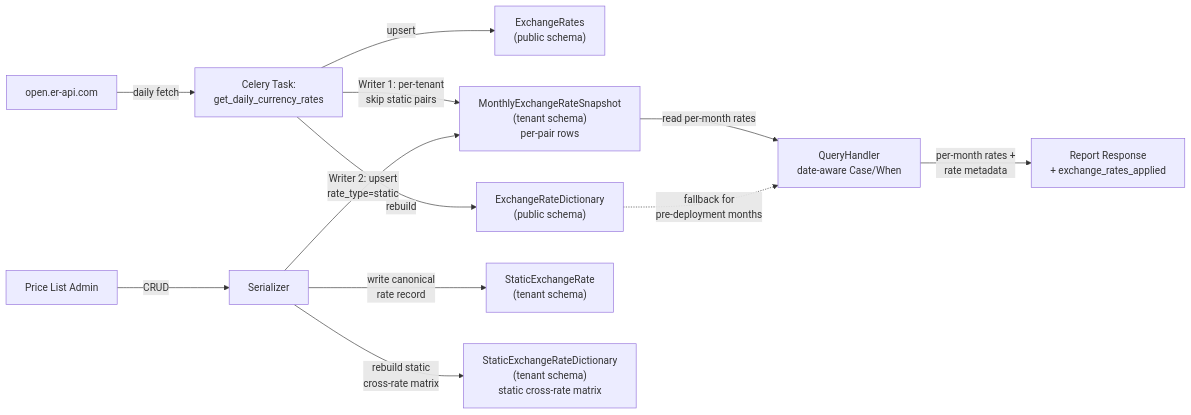
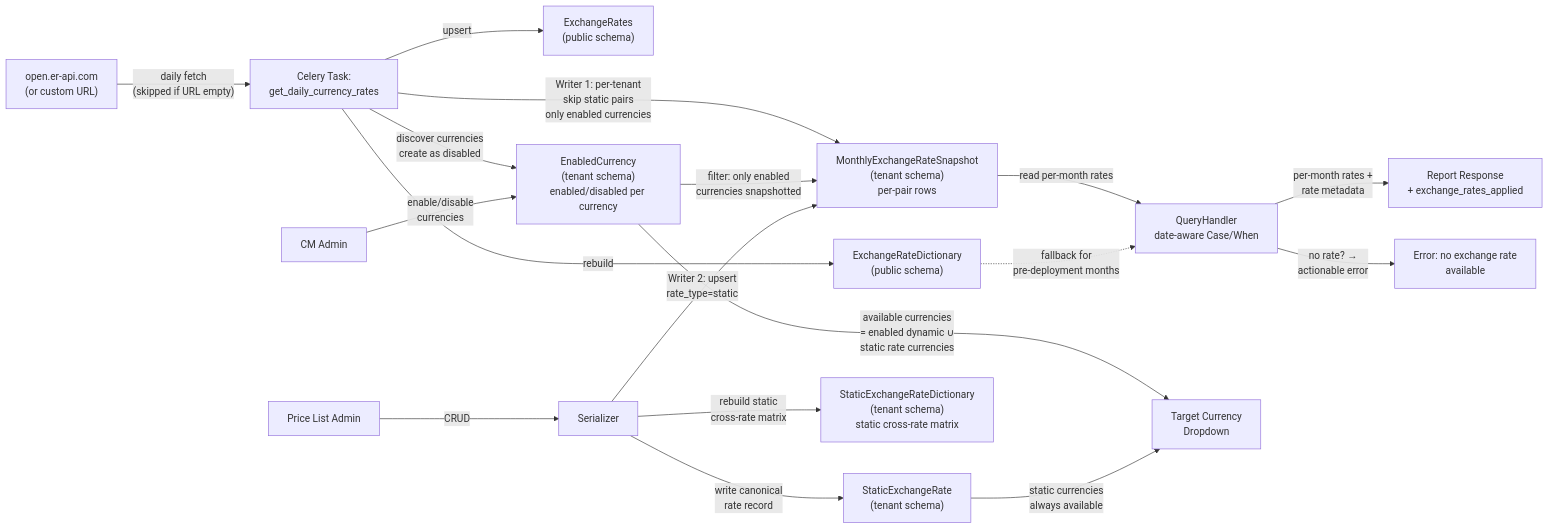
The second of 2 diagrams in docs/architecture/constant-currency/README.md (project-koku/koku), drawn with Mermaid before and after one commit. The commit also changed other lines of this file and 5 other files, not shown here.

First line of the commit message:
COST-7252: add currency enablement, airgapped mode, and no-rate corner case to design docs

````diff
--- a/docs/architecture/constant-currency/README.md
+++ b/docs/architecture/constant-currency/README.md
@@ -160,14 +228,20 @@
 ```mermaid
 graph LR
-    API["open.er-api.com"] -->|daily fetch| CT["Celery Task:<br/>get_daily_currency_rates"]
+    API["open.er-api.com<br/>(or custom URL)"] -->|"daily fetch<br/>(skipped if URL empty)"| CT["Celery Task:<br/>get_daily_currency_rates"]
     CT -->|upsert| ER["ExchangeRates<br/>(public schema)"]
     CT -->|rebuild| ERD["ExchangeRateDictionary<br/>(public schema)"]
-    CT -->|"Writer 1: per-tenant<br/>skip static pairs"| SNAP["MonthlyExchangeRateSnapshot<br/>(tenant schema)<br/>per-pair rows"]
+    CT -->|"discover currencies<br/>create as disabled"| EC["EnabledCurrency<br/>(tenant schema)<br/>enabled/disabled per currency"]
+    CT -->|"Writer 1: per-tenant<br/>skip static pairs<br/>only enabled currencies"| SNAP["MonthlyExchangeRateSnapshot<br/>(tenant schema)<br/>per-pair rows"]
+    EC -->|"filter: only enabled<br/>currencies snapshotted"| SNAP
     SNAP -->|read per-month rates| QH["QueryHandler<br/>date-aware Case/When"]
     QH -->|"per-month rates +<br/>rate metadata"| REPORT["Report Response<br/>+ exchange_rates_applied"]
+    QH -->|"no rate? →<br/>actionable error"| ERR["Error: no exchange rate<br/>available"]
     ERD -.->|"fallback for<br/>pre-deployment months"| QH
+    ADMIN["CM Admin"] -->|"enable/disable<br/>currencies"| EC
     USER["Price List Admin"] -->|CRUD| SER["Serializer"]
     SER -->|"write canonical<br/>rate record"| STATIC["StaticExchangeRate<br/>(tenant schema)"]
     SER -->|"Writer 2: upsert<br/>rate_type=static"| SNAP
     SER -->|"rebuild static<br/>cross-rate matrix"| SERD["StaticExchangeRateDictionary<br/>(tenant schema)<br/>static cross-rate matrix"]
+    EC -->|"available currencies<br/>= enabled dynamic ∪<br/>static rate currencies"| DD["Target Currency<br/>Dropdown"]
+    STATIC -->|"static currencies<br/>always available"| DD
 ```
````
